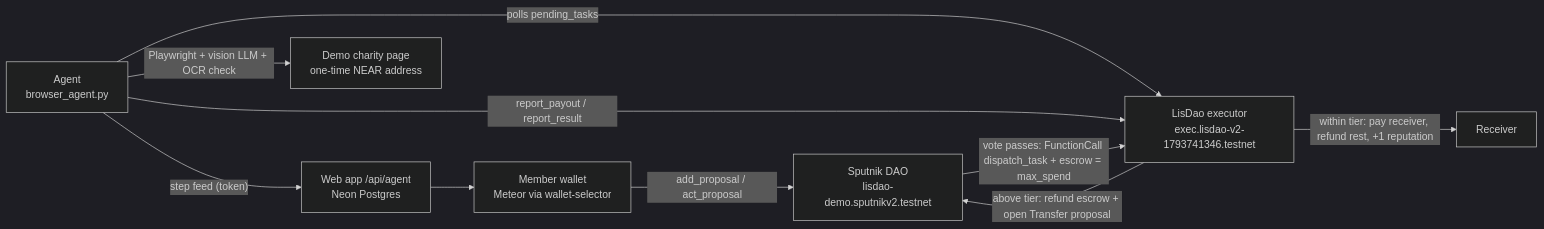
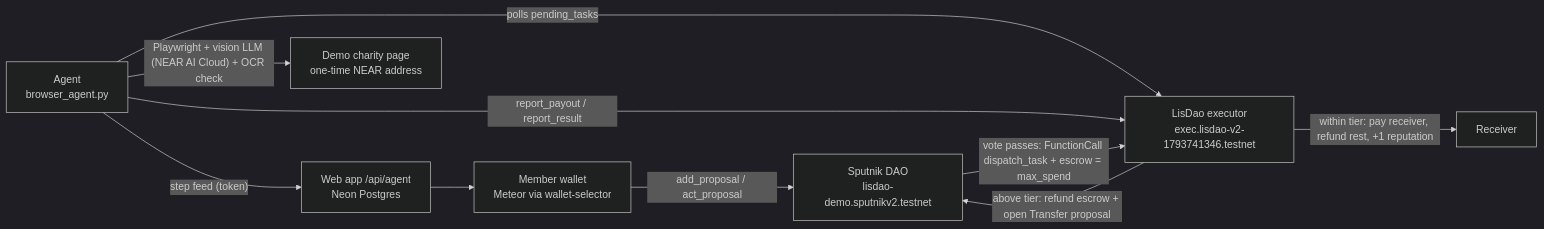
The diagram in README.md (kaizen-builds/lisdao), drawn with Mermaid (dark theme) before and after one commit. The commit also changed other lines of this file and 4 other files, not shown here.

Commit message:
Agent: NEAR AI Cloud provider (LLM_PROVIDER=nearai) and --dry-run mode; document it

````diff
--- a/README.md
+++ b/README.md
@@ -14,12 +14,12 @@
 ```mermaid
 flowchart LR
   U[Member wallet<br/>Meteor via wallet-selector] -- add_proposal / act_proposal --> D[Sputnik DAO<br/>lisdao-demo.sputnikv2.testnet]
   D -- vote passes: FunctionCall dispatch_task + escrow = max_spend --> E[LisDao executor<br/>exec.lisdao-v2-1793741346.testnet]
   A[Agent<br/>browser_agent.py] -- polls pending_tasks --> E
-  A -- Playwright + vision LLM + OCR check --> C[Demo charity page<br/>one-time NEAR address]
+  A -- Playwright + vision LLM (NEAR AI Cloud) + OCR check --> C[Demo charity page<br/>one-time NEAR address]
   A -- report_payout / report_result --> E
   E -- within tier: pay receiver, refund rest, +1 reputation --> R[Receiver]
   E -- above tier: refund escrow + open Transfer proposal --> D
   A -- step feed (token) --> W[Web app /api/agent<br/>Neon Postgres]
   W --> U
 ```
````
